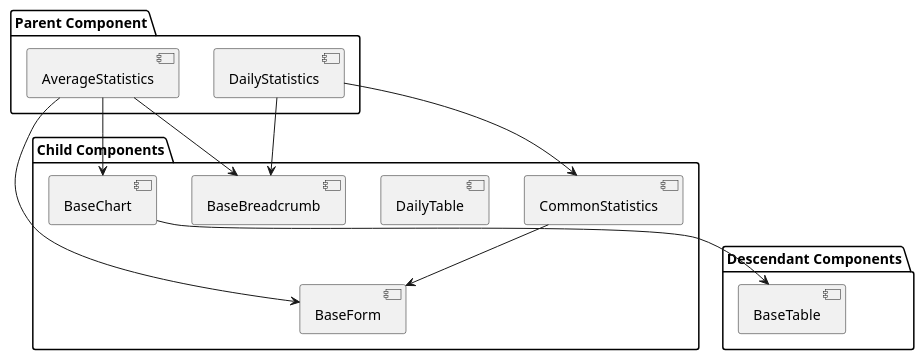
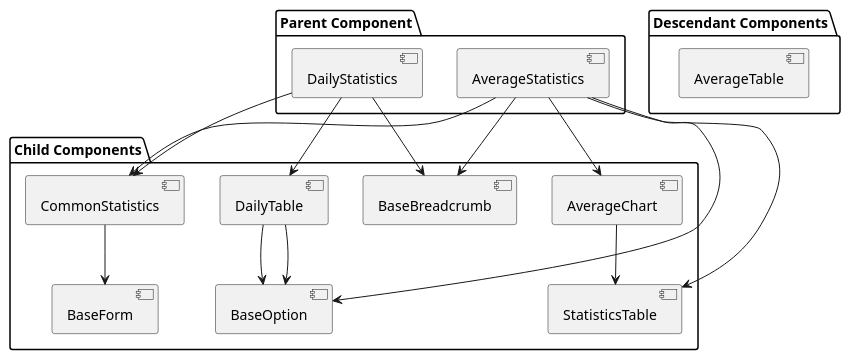
One commit to futurekidult/lis changed the diagram in docs/component-design/statistics.puml. Above: the diagram before and after it, drawn with PlantUML. The commit also changed 12 other files, not shown here.

Commit message:
feat: add average statistics

```diff
--- a/docs/component-design/statistics.puml
+++ b/docs/component-design/statistics.puml
@@ -1,30 +1,39 @@
 @startuml
 
 package "Parent Component" {
   [DailyStatistics]
   [AverageStatistics]
 }
 
 package "Child Components" {
   [BaseForm]
-  [BaseChart]
+  [AverageChart]
   [DailyTable]
   [BaseBreadcrumb]
   [CommonStatistics]
+  [BaseOption]
+  [StatisticsTable]
 }
 
 package "Descendant Components" {
-  [BaseTable]
   [BaseForm]
+  [BaseOption]
+  [AverageTable]
+  [StatisticsTable]
 }
 
+[DailyStatistics]            -->       [DailyTable]
 [DailyStatistics]            -->       [BaseBreadcrumb]
 [DailyStatistics]            -->       [CommonStatistics]
-[AverageStatistics]       -->       [BaseForm]
+[AverageStatistics]       -->       [BaseOption]
+[AverageStatistics]       -->       [StatisticsTable]
 [AverageStatistics]       -->       [BaseBreadcrumb]
-[AverageStatistics]       -->       [BaseChart]
-[BaseChart]                  -->       [BaseTable]
-[CommonStatistics]      -->       [BaseForm]
+[AverageStatistics]       -->       [CommonStatistics]
+[AverageStatistics]       -->       [AverageChart]
+[DailyTable]                  -->       [BaseOption]
+[DailyTable]                  -->       [BaseOption]
+[AverageChart]            -->       [StatisticsTable]
+[CommonStatistics]     -->       [BaseForm]
 
 
 @enduml
```
